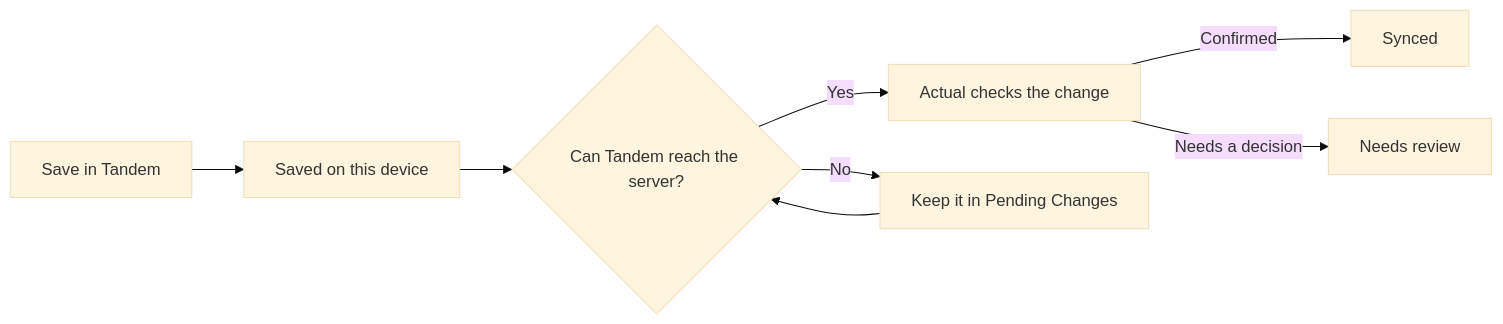
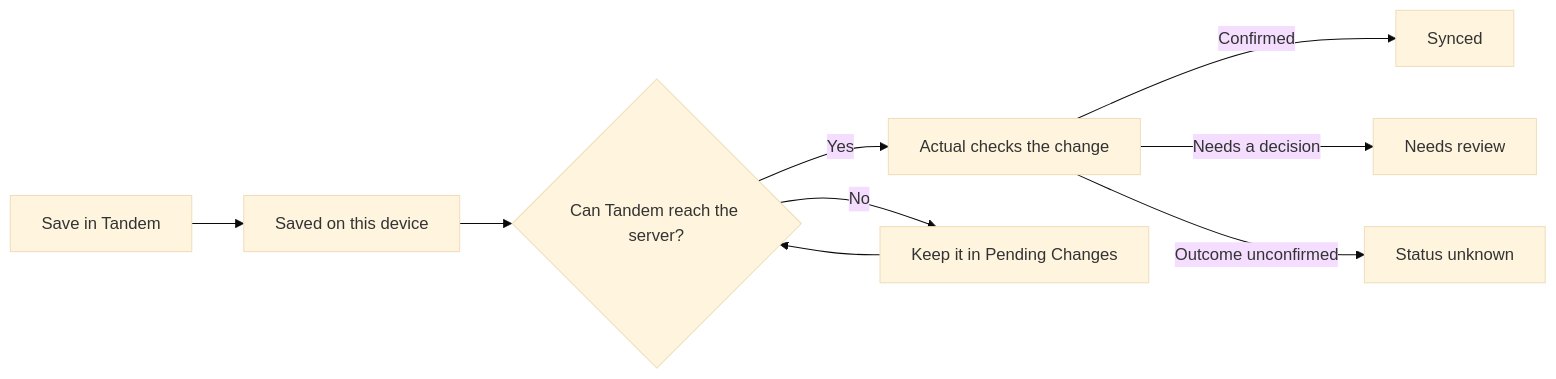
One commit to Nischay-Pro/tandem changed the diagram in docs/using/offline-sync-and-conflicts.md. Above: the diagram before and after it, drawn with Mermaid (base theme). The commit also changed other lines of this file and 12 other files, not shown here.

````diff
--- a/docs/using/offline-sync-and-conflicts.md
+++ b/docs/using/offline-sync-and-conflicts.md
@@ -13,10 +14,11 @@
 ```mermaid
 flowchart LR
   A[Save in Tandem] --> B[Saved on this device]
   B --> C{Can Tandem reach the server?}
   C -->|Yes| D[Actual checks the change]
   C -->|No| E[Keep it in Pending Changes]
   D -->|Confirmed| F[Synced]
   D -->|Needs a decision| G[Needs review]
+  D -->|Outcome unconfirmed| H[Status unknown]
   E --> C
 ```
````
